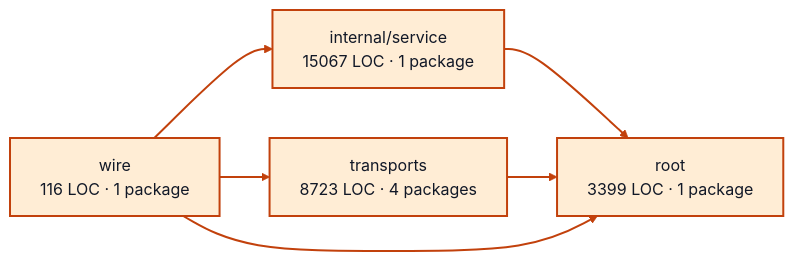
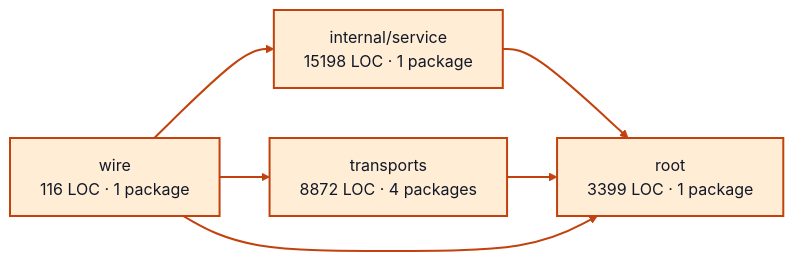
The diagram in docs/architecture/visualizations/services/worker_sessions.md (portpowered/you-agent-factory), drawn with Mermaid before and after one commit. The commit also changed other lines of this file and 20 other files, not shown here.

Commit message:
docs: refresh backend architecture visualizations

````diff
--- a/docs/architecture/visualizations/services/worker_sessions.md
+++ b/docs/architecture/visualizations/services/worker_sessions.md
@@ -11,17 +11,17 @@
 ```mermaid
 flowchart LR
-  p0["internal/service<br/>15067 LOC · 1 package"]
+  p0["internal/service<br/>15198 LOC · 1 package"]
   p1["root<br/>3399 LOC · 1 package"]
-  p2["transports<br/>8723 LOC · 4 packages"]
+  p2["transports<br/>8872 LOC · 4 packages"]
   p3["wire<br/>116 LOC · 1 package"]
   p0 --> p1
   p2 --> p1
   p3 --> p0
   p3 --> p1
   p3 --> p2
   style p0 fill:#ffedd5,stroke:#c2410c,stroke-width:2px,color:#111827
   style p1 fill:#ffedd5,stroke:#c2410c,stroke-width:2px,color:#111827
   style p2 fill:#ffedd5,stroke:#c2410c,stroke-width:2px,color:#111827
   style p3 fill:#ffedd5,stroke:#c2410c,stroke-width:2px,color:#111827
   linkStyle default stroke:#c2410c,stroke-width:2px
 ```
````
